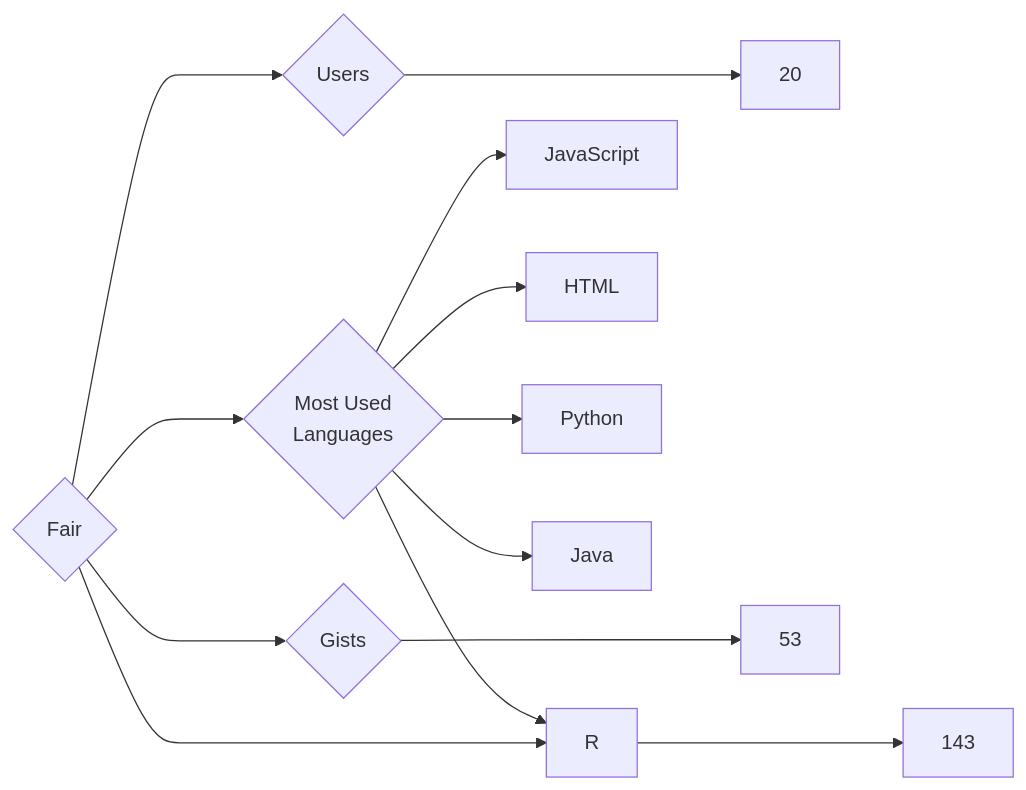
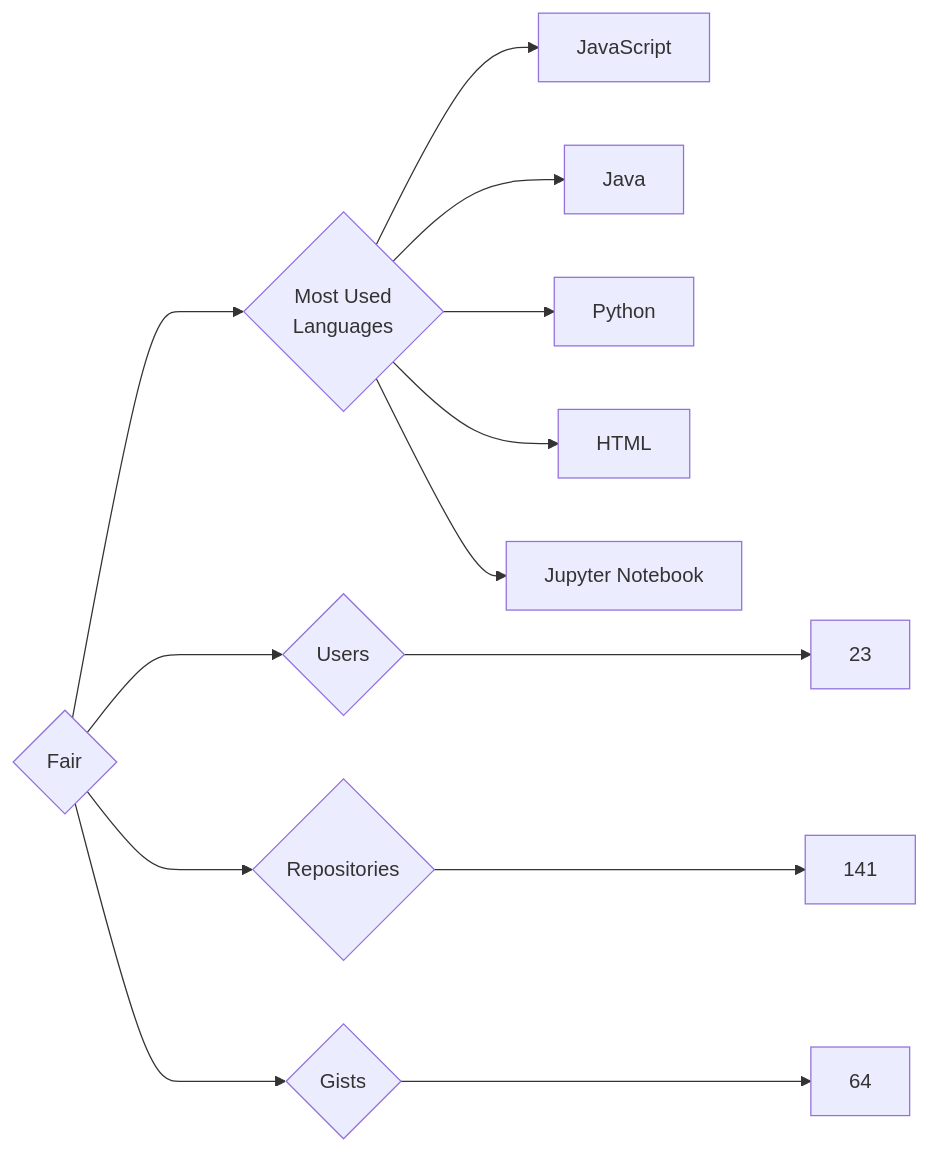
One commit to trickest/insiders changed the diagram in targets/Fair/README.md. Above: the diagram before and after it, drawn with Mermaid. The commit also changed 935 other files, not shown here.

````diff
--- a/targets/Fair/README.md
+++ b/targets/Fair/README.md
@@ -3,13 +3,13 @@
 ```mermaid
 graph LR
 COMPANY_NAME{Fair}
-COMPANY_NAME ---> U{Users} ---> UN[20]
-COMPANY_NAME ---> R{Repositories} ---> RN[143]
-COMPANY_NAME ---> G{Gists} ---> GN[53]
+COMPANY_NAME ---> U{Users} ---> UN[23]
+COMPANY_NAME ---> R{Repositories} ---> RN[141]
+COMPANY_NAME ---> G{Gists} ---> GN[64]
 COMPANY_NAME ---> ML{Most Used<br>Languages}
 ML --> JavaScript[JavaScript]
+ML --> Java[Java]
+ML --> Python[Python]
 ML --> HTML[HTML]
-ML --> Python[Python]
-ML --> R[R]
-ML --> Java[Java]
+ML --> Jupyter_Notebook[Jupyter Notebook]
 ```
````
